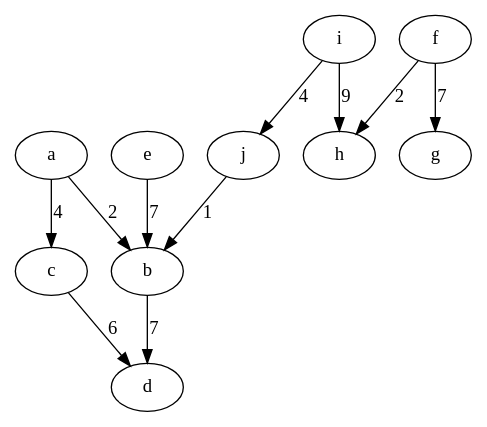
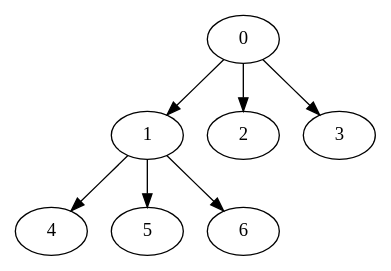
Before and after one commit to Jordanwmk/Paralex: the diagram in src/test2.dot, drawn with Graphviz. The commit also changed 10 other files, not shown here.

```diff
--- a/src/test2.dot
+++ b/src/test2.dot
@@ -1,22 +1,15 @@
-digraph "outputExample" {
-	b [weight=5,Processor=1,Start=12];
-	a [weight=2,Processor=2,Start=0];
-	c [weight=6,Processor=2,Start=2];
-	d [weight=3,Processor=1,Start=17];
-	e [weight=3,Processor=1,Start=9];
-	f [weight=6,Processor=2,Start=8];
-	g [weight=6,Processor=2,Start=14];
-	h [weight=1,Processor=2,Start=20];
-	i [weight=4,Processor=1,Start=0];
-	j [weight=5,Processor=1,Start=4];
-	a -> b [weight=2,label=2];
-	a -> c [weight=4,label=4];
-	c -> d [weight=6,label=6];
-	b -> d [weight=7,label=7];
-	e -> b [weight=7,label=7];
-	f -> g [weight=7,label=7];
-	f -> h [weight=2,label=2];
-	i -> j [weight=4,label=4];
-	i -> h [weight=9,label=9];
-	j -> b [weight=1,label=1];
+digraph {
+	"0" ["weight"="5","Processor"=1,"Start"=0];
+	"1" ["weight"="6","Processor"=1,"Start"=11];
+	"2" ["weight"="5","Processor"=2,"Start"=16];
+	"3" ["weight"="6","Processor"=1,"Start"=5];
+	"4" ["weight"="4","Processor"=1,"Start"=24];
+	"5" ["weight"="7","Processor"=2,"Start"=21];
+	"6" ["weight"="7","Processor"=1,"Start"=17];
+	"0" -> "1" ["weight"="15"];
+	"0" -> "2" ["weight"="11"];
+	"0" -> "3" ["weight"="11"];
+	"1" -> "4" ["weight"="19"];
+	"1" -> "5" ["weight"="4"];
+	"1" -> "6" ["weight"="21"];
 }
```
